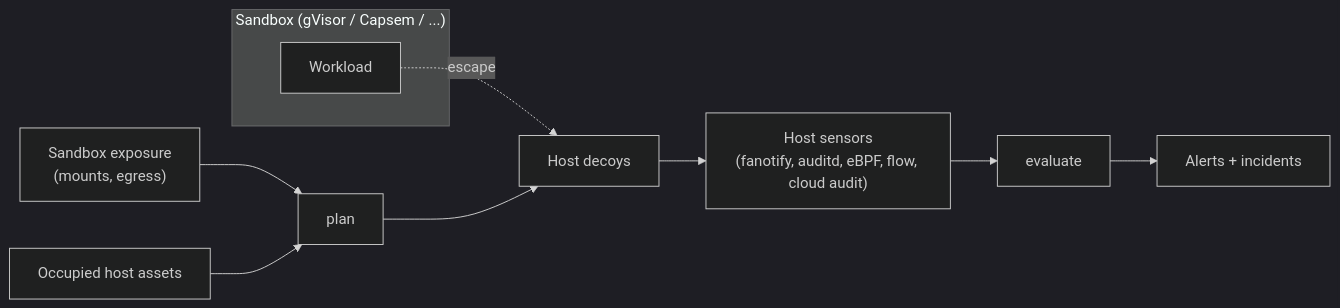
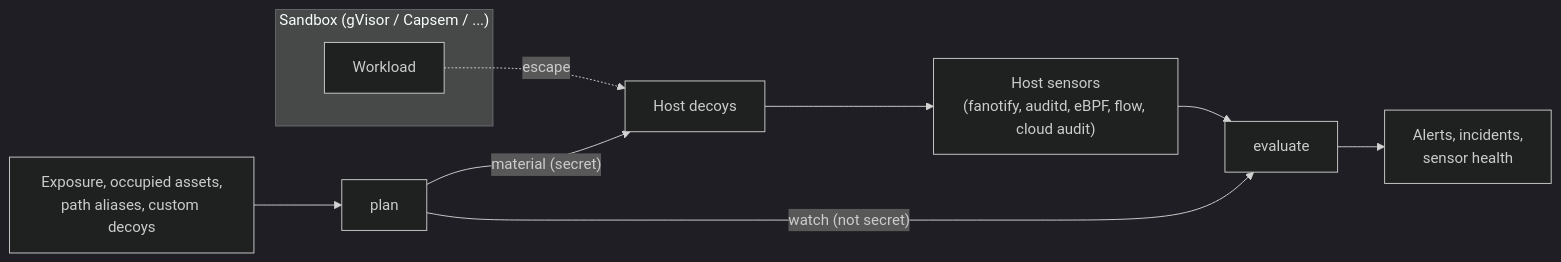
One commit to allsmog/sandbox-honeypot changed the diagram in components/sandbox-tripwire/component.md. Above: the diagram before and after it, drawn with Mermaid (dark theme). The commit also changed other lines of this file and 7 other files, not shown here.

````diff
--- a/components/sandbox-tripwire/component.md
+++ b/components/sandbox-tripwire/component.md
@@ -57,13 +62,13 @@
 ```mermaid
 flowchart LR
     subgraph Sandbox["Sandbox (gVisor / Capsem / ...)"]
         W["Workload"]
     end
     W -. "escape" .-> D["Host decoys"]
-    X["Sandbox exposure<br/>(mounts, egress)"] --> P["plan"]
-    O["Occupied host assets"] --> P
-    P --> D
+    X["Exposure, occupied assets,<br/>path aliases, custom decoys"] --> P["plan"]
+    P -- "material (secret)" --> D
+    P -- "watch (not secret)" --> E["evaluate"]
     D --> S["Host sensors<br/>(fanotify, auditd, eBPF, flow, cloud audit)"]
-    S --> E["evaluate"]
-    E --> A["Alerts + incidents"]
+    S --> E
+    E --> A["Alerts, incidents,<br/>sensor health"]
 ```
````
